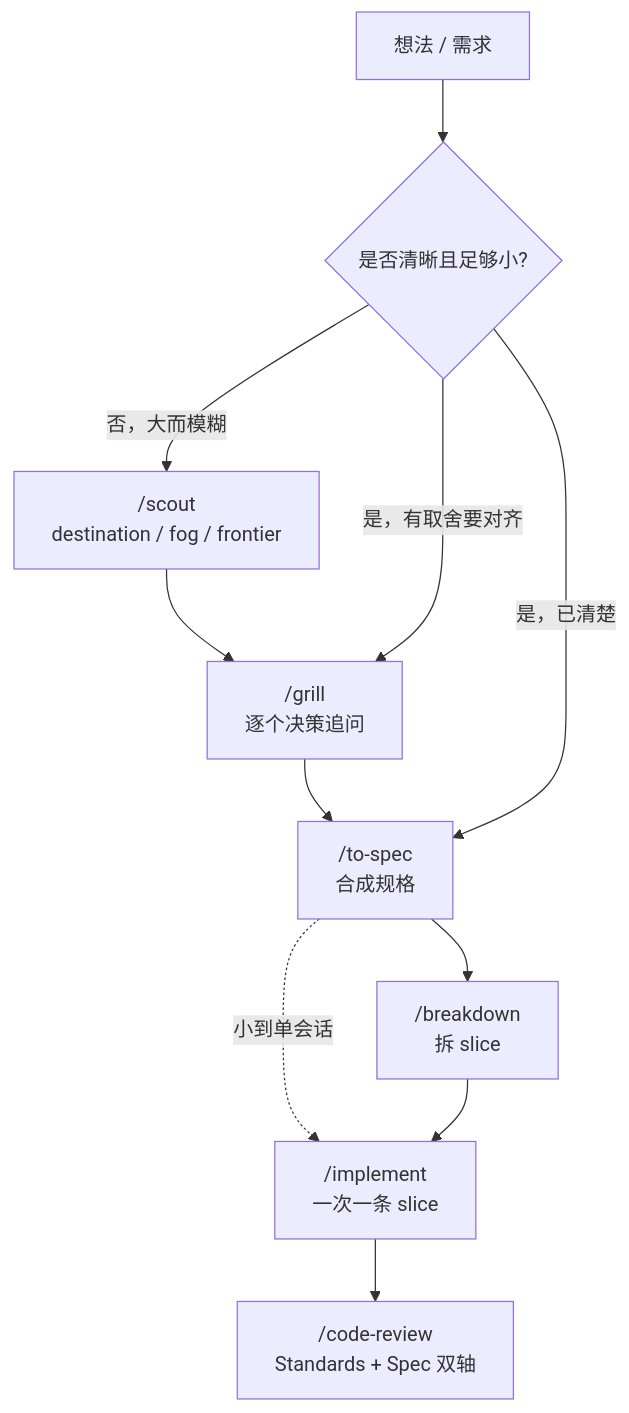
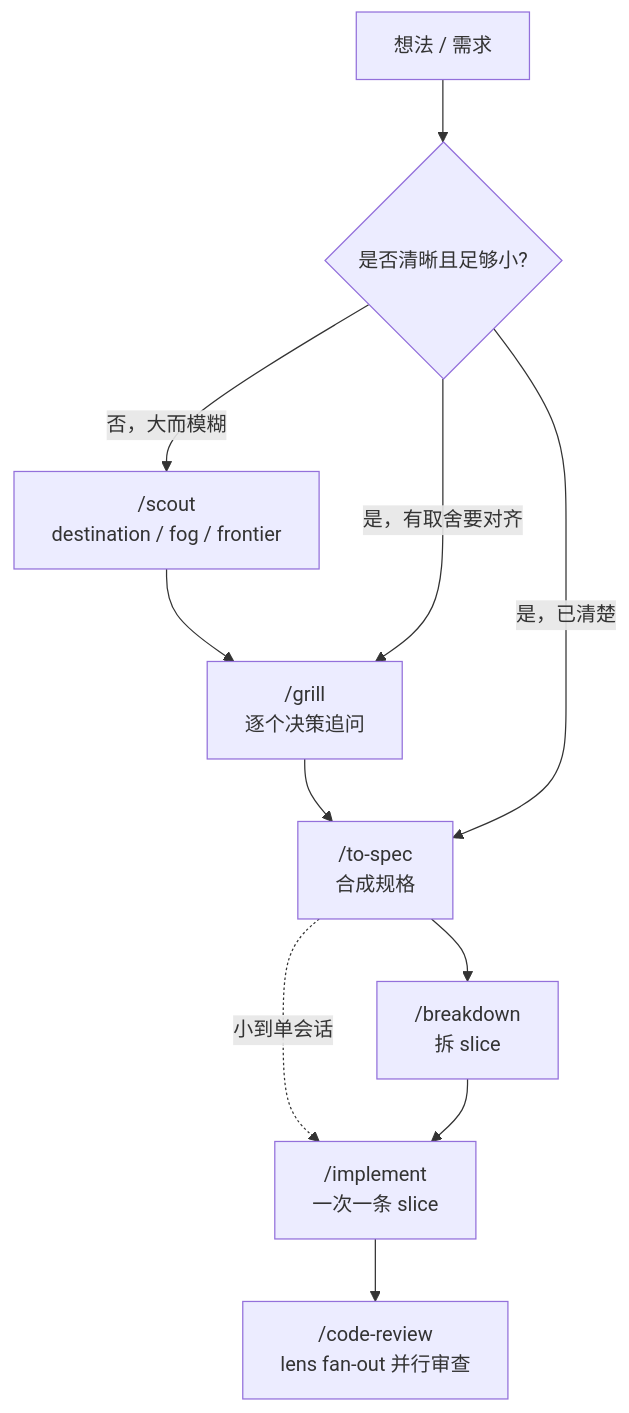
The diagram in README.md (wolf-0973/skills), drawn with Mermaid before and after one commit. The commit also changed other lines of this file and 7 other files, not shown here.

Commit message:
Update README and code-review skill to reflect new parallel review process and terminology changes. Adjusted descriptions for clarity and consistency across documentation. Enhanced code-review process to include lens fan-out for improved reporting on standards and specifications.

````diff
--- a/README.md
+++ b/README.md
@@ -48,13 +48,13 @@
 ```mermaid
 flowchart TD
   A[想法 / 需求] --> B{是否清晰且足够小?}
   B -- 否，大而模糊 --> R["/scout<br/>destination / fog / frontier"]
   R --> G["/grill<br/>逐个决策追问"]
   G --> S["/to-spec<br/>合成规格"]
   B -- 是，有取舍要对齐 --> G
   B -- 是，已清楚 --> S
   S --> T["/breakdown<br/>拆 slice"]
   S -. 小到单会话 .-> I
   T --> I["/implement<br/>一次一条 slice"]
-  I --> C["/code-review<br/>Standards + Spec 双轴"]
+  I --> C["/code-review<br/>lens fan-out 并行审查"]
 ```
````
